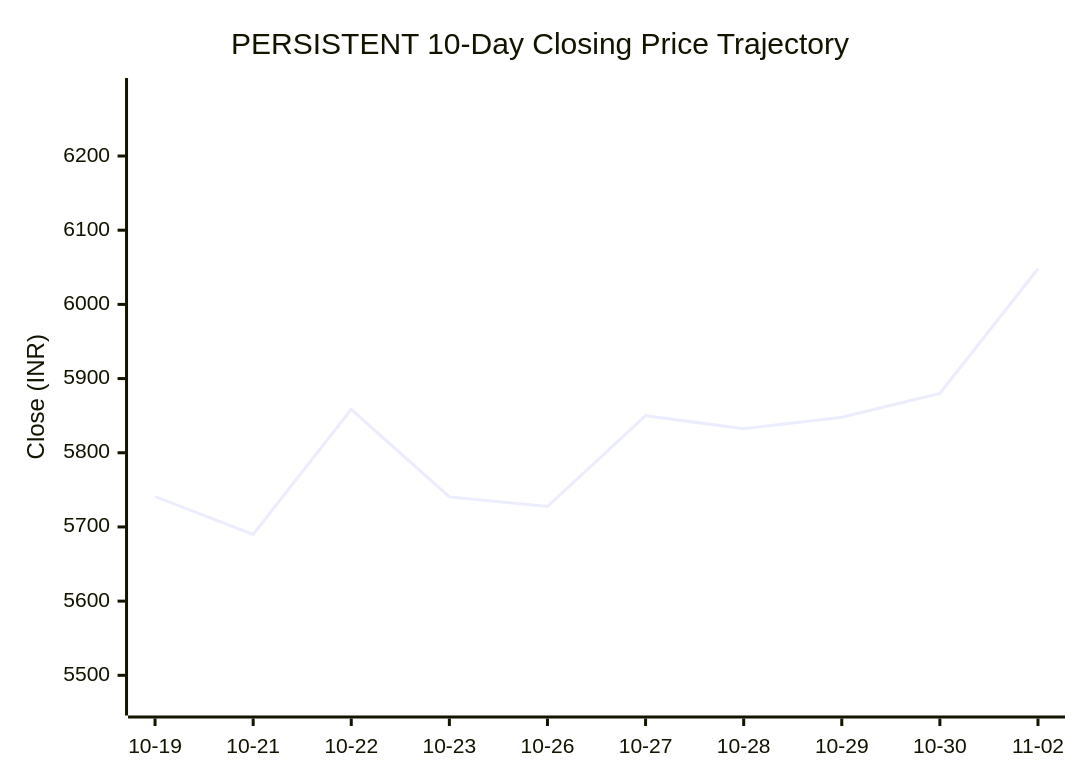
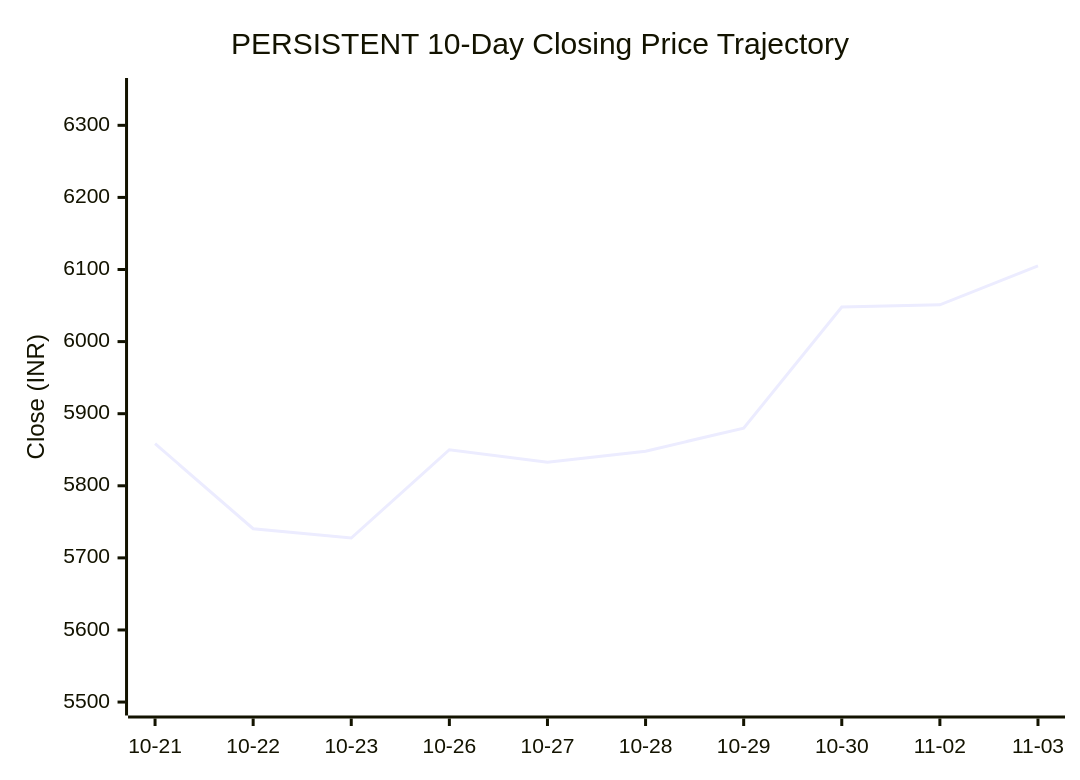
Before and after one commit to purnareddy9/dev: the first of 2 diagrams in market-intelligence/stocks/PERSISTENT/README.md, drawn with Mermaid. The commit also changed other lines of this file and 4 other files, not shown here.

````diff
--- a/market-intelligence/stocks/PERSISTENT/README.md
+++ b/market-intelligence/stocks/PERSISTENT/README.md
@@ -43,7 +43,7 @@
 ```mermaid
 xychart-beta
     title "PERSISTENT 10-Day Closing Price Trajectory"
-    x-axis ["10-19", "10-21", "10-22", "10-23", "10-26", "10-27", "10-28", "10-29", "10-30", "11-02"]
-    y-axis "Close (INR)" 5462 --> 6289
-    line [5741.0, 5690.0, 5858.5, 5740.5, 5727.5, 5850.0, 5832.5, 5848.0, 5880.0, 6048.0]
+    x-axis ["10-21", "10-22", "10-23", "10-26", "10-27", "10-28", "10-29", "10-30", "11-02", "11-03"]
+    y-axis "Close (INR)" 5498 --> 6349
+    line [5858.5, 5740.5, 5727.5, 5850.0, 5832.5, 5848.0, 5880.0, 6048.0, 6051.0, 6105.0]
 ```
````
